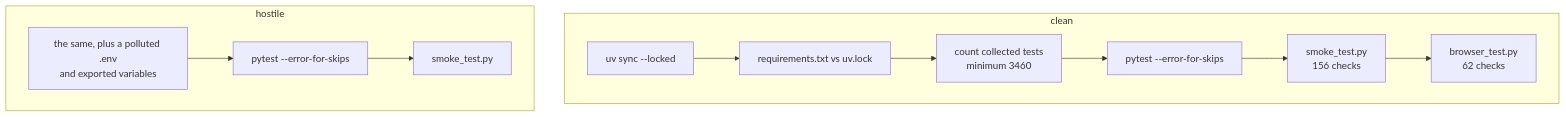
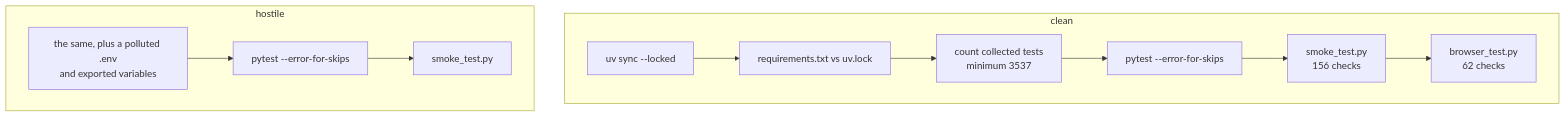
One commit to IAMN1/link-shortener changed the diagram in docs/testing.md. Above: the diagram before and after it, drawn with Mermaid. The commit also changed other lines of this file and 55 other files, not shown here.

````diff
--- a/docs/testing.md
+++ b/docs/testing.md
@@ -409,12 +409,12 @@
 ```mermaid
 flowchart TD
     subgraph clean["clean"]
         C1[uv sync --locked] --> C2[requirements.txt vs uv.lock]
-        C2 --> C3[count collected tests<br/>minimum 3460] --> C4[pytest --error-for-skips]
+        C2 --> C3[count collected tests<br/>minimum 3537] --> C4[pytest --error-for-skips]
         C4 --> C5[smoke_test.py<br/>156 checks] --> C6[browser_test.py<br/>62 checks]
     end
     subgraph hostile["hostile"]
         H1[the same, plus a polluted .env<br/>and exported variables] --> H2[pytest --error-for-skips]
         H2 --> H3[smoke_test.py]
     end
 ```
````
